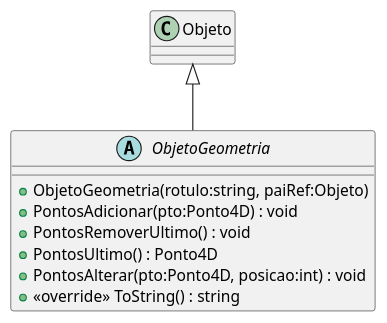
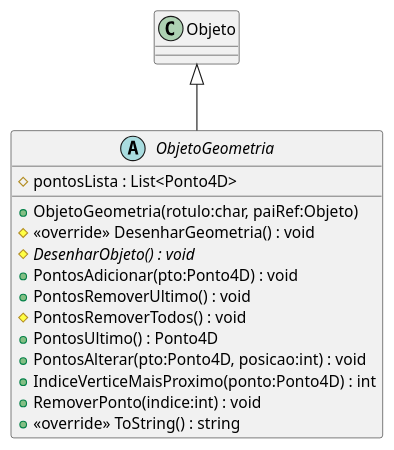
One commit to GCG-FURB/disciplinaCg_2020-2_not_equipe-01 changed the diagram in unidade_3/CG_N3/plantuml/ObjetoGeometria.puml. Above: the diagram before and after it, drawn with PlantUML. The commit also changed 14 other files, not shown here.

Commit message:
Diagrama

```diff
--- a/unidade_3/CG_N3/plantuml/ObjetoGeometria.puml
+++ b/unidade_3/CG_N3/plantuml/ObjetoGeometria.puml
@@ -1,11 +1,17 @@
 @startuml
 abstract class ObjetoGeometria {
-    + ObjetoGeometria(rotulo:string, paiRef:Objeto)
+    # pontosLista : List<Ponto4D>
+    + ObjetoGeometria(rotulo:char, paiRef:Objeto)
+    # <<override>> DesenharGeometria() : void
+    # {abstract} DesenharObjeto() : void
     + PontosAdicionar(pto:Ponto4D) : void
     + PontosRemoverUltimo() : void
+    # PontosRemoverTodos() : void
     + PontosUltimo() : Ponto4D
     + PontosAlterar(pto:Ponto4D, posicao:int) : void
+    + IndiceVerticeMaisProximo(ponto:Ponto4D) : int
+    + RemoverPonto(indice:int) : void
     + <<override>> ToString() : string
 }
 Objeto <|-- ObjetoGeometria
 @enduml
```
